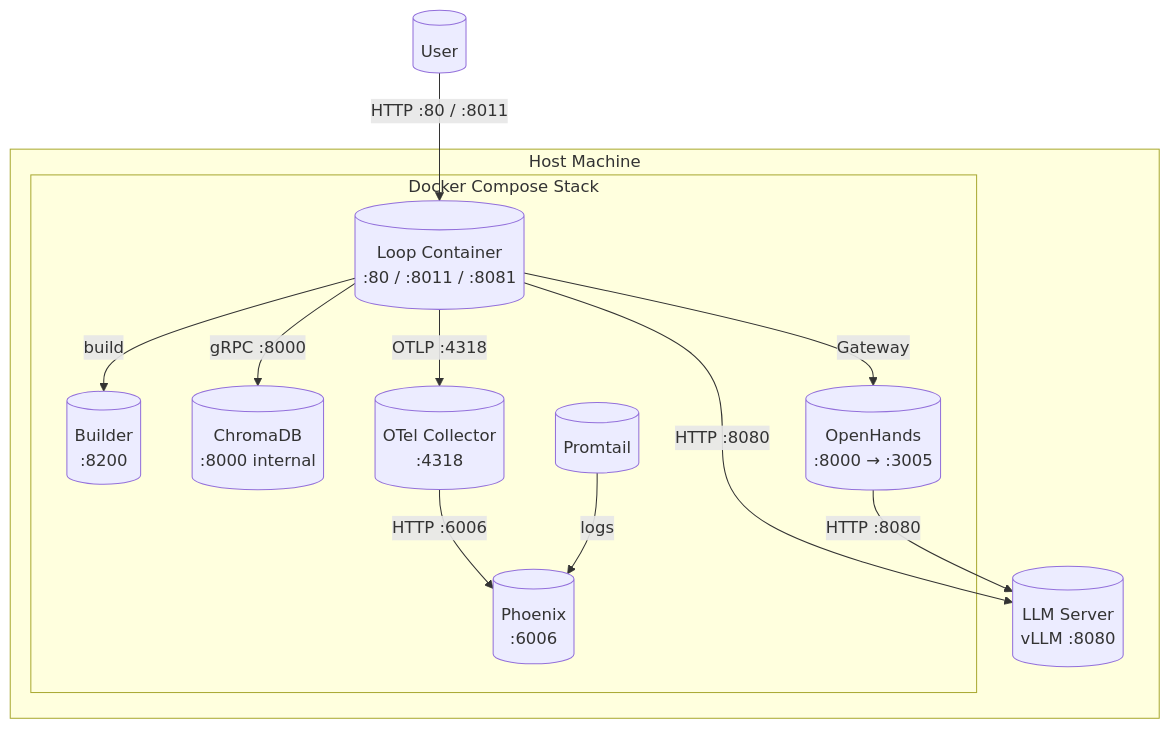
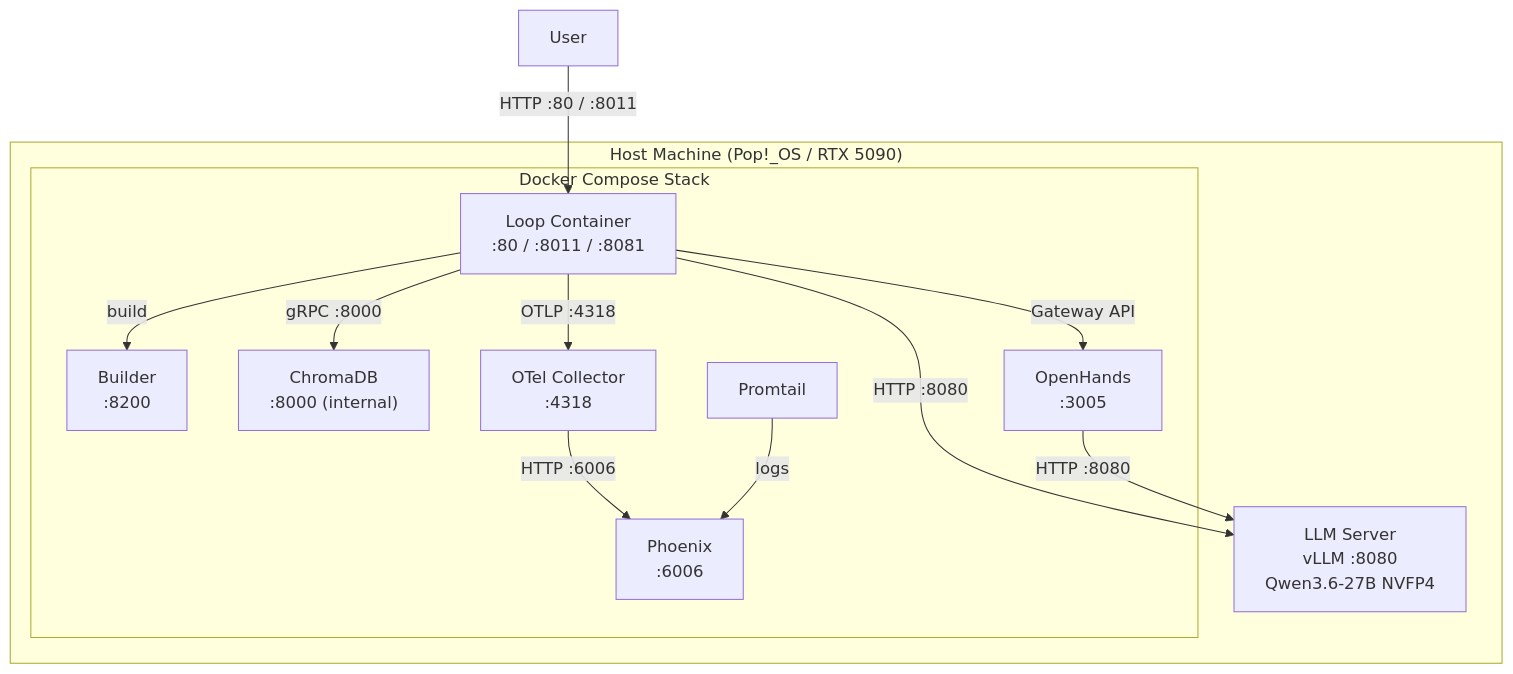
The fourth of 4 diagrams in README.md (terrygzhou/loop_engineering_factory), drawn with Mermaid before and after one commit. The commit also changed other lines of this file and 8 other files, not shown here.

````diff
--- a/README.md
+++ b/README.md
@@ -165,28 +172,28 @@
 ```mermaid
 graph TB
-    U[("User")]
+    U["User"]
 
-    subgraph Host["Host Machine"]
-        LLM_C[("LLM Server\nvLLM :8080")]
+    subgraph Host["Host Machine (Pop!_OS / RTX 5090)"]
+        LLM_C["LLM Server<br/>vLLM :8080<br/>Qwen3.6-27B NVFP4"]
 
         subgraph DockerStack["Docker Compose Stack"]
-            LC[("Loop Container\n:80 / :8011 / :8081")]
-            BLD[("Builder\n:8200")]
-            CC[("ChromaDB\n:8000 internal")]
-            OC[("OTel Collector\n:4318")]
-            PH[("Phoenix\n:6006")]
-            OH[("OpenHands\n:8000 → :3005")]
-            PT[("Promtail")]
+            LC["Loop Container<br/>:80 / :8011 / :8081"]
+            BLD["Builder<br/>:8200"]
+            CC["ChromaDB<br/>:8000 (internal)"]
+            OC["OTel Collector<br/>:4318"]
+            PH["Phoenix<br/>:6006"]
+            OH["OpenHands<br/>:3005"]
+            PT["Promtail"]
         end
     end
 
     U -->|"HTTP :80 / :8011"| LC
     LC -->|"gRPC :8000"| CC
     LC -->|"OTLP :4318"| OC
     LC -->|"HTTP :8080"| LLM_C
-    LC -->|"Gateway"| OH
+    LC -->|"Gateway API"| OH
     LC -->|"build"| BLD
     OH -->|"HTTP :8080"| LLM_C
     OC -->|"HTTP :6006"| PH
     PT -->|"logs"| PH
 ```
````
